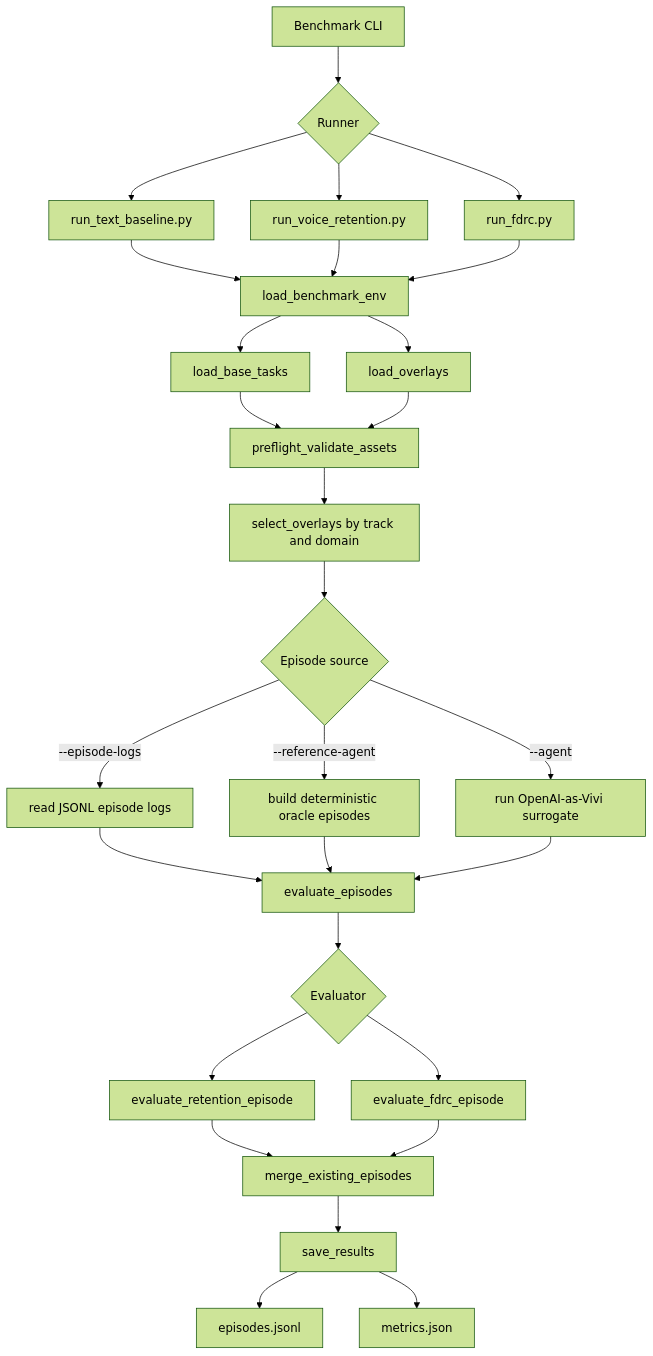
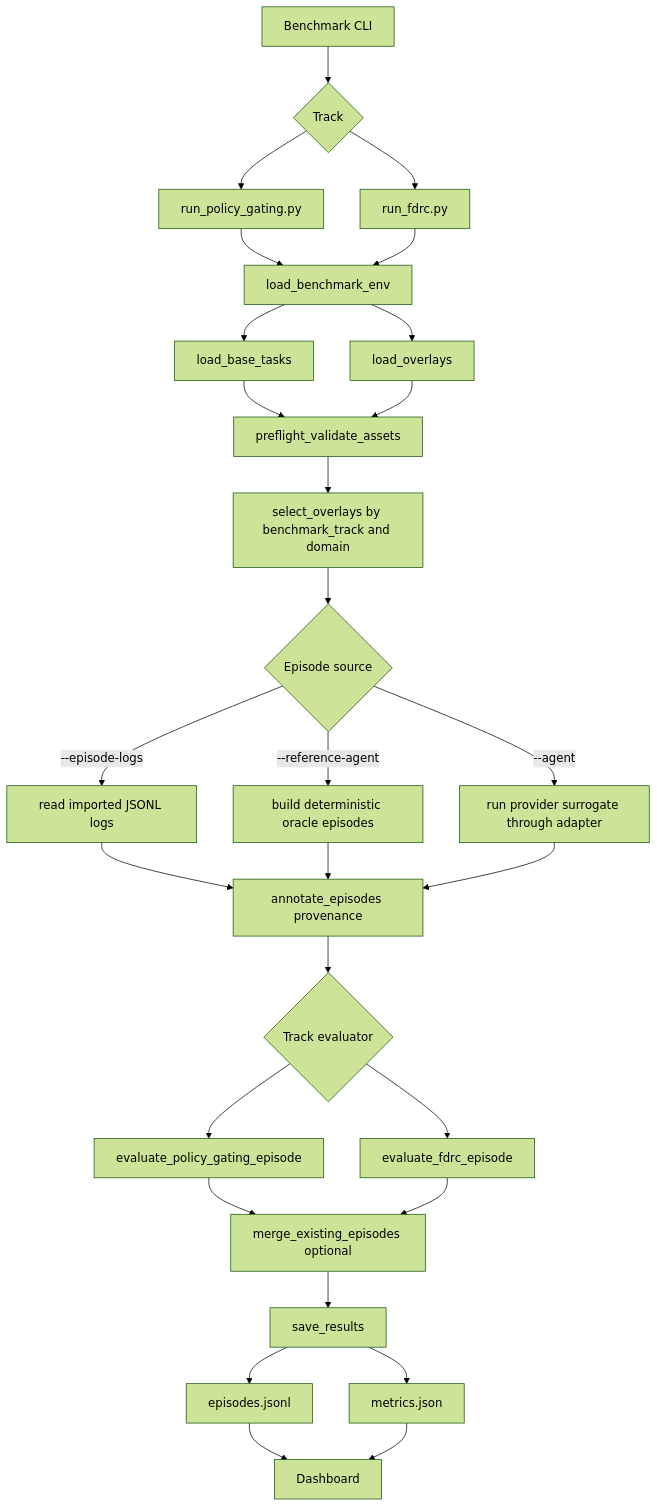
The first of 7 diagrams in docs/FLOW.md (VInteractiveBench/voice-bench), drawn with Mermaid (forest theme) before and after one commit. The commit also changed other lines of this file, not shown here.

Commit message:
Update benchmark flow documentation

````diff
--- a/docs/FLOW.md
+++ b/docs/FLOW.md
@@ -30,36 +32,34 @@
 ```mermaid
 flowchart TD
-    A[Benchmark CLI] --> B{Runner}
-    B --> B1[run_text_baseline.py]
-    B --> B2[run_voice_retention.py]
-    B --> B3[run_fdrc.py]
+    A[Benchmark CLI] --> B{Track}
+    B --> C[run_policy_gating.py]
+    B --> D[run_fdrc.py]
 
-    B1 --> C[load_benchmark_env]
-    B2 --> C
-    B3 --> C
+    C --> E[load_benchmark_env]
+    D --> E
+    E --> F[load_base_tasks]
+    E --> G[load_overlays]
+    F --> H[preflight_validate_assets]
+    G --> H
 
-    C --> D[load_base_tasks]
-    C --> E[load_overlays]
-    D --> F[preflight_validate_assets]
-    E --> F
-    F --> G[select_overlays by track and domain]
+    H --> I[select_overlays by benchmark_track and domain]
+    I --> J{Episode source}
+    J -->|--episode-logs| K[read imported JSONL logs]
+    J -->|--reference-agent| L[build deterministic oracle episodes]
+    J -->|--agent| M[run provider surrogate through adapter]
 
-    G --> H{Episode source}
-    H -->|--episode-logs| I[read JSONL episode logs]
-    H -->|--reference-agent| J[build deterministic oracle episodes]
-    H -->|--agent| K[run OpenAI-as-Vivi surrogate]
+    K --> N[annotate_episodes provenance]
+    L --> N
+    M --> N
+    N --> O{Track evaluator}
+    O --> P[evaluate_policy_gating_episode]
+    O --> Q[evaluate_fdrc_episode]
 
-    I --> L[evaluate_episodes]
-    J --> L
-    K --> L
-
-    L --> M{Evaluator}
-    M --> N[evaluate_retention_episode]
-    M --> O[evaluate_fdrc_episode]
-
-    N --> P[merge_existing_episodes]
-    O --> P
-    P --> Q[save_results]
-    Q --> R[episodes.jsonl]
-    Q --> S[metrics.json]
+    P --> R[merge_existing_episodes optional]
+    Q --> R
+    R --> S[save_results]
+    S --> T[episodes.jsonl]
+    S --> U[metrics.json]
+    T --> V[Dashboard]
+    U --> V
 ```
````
